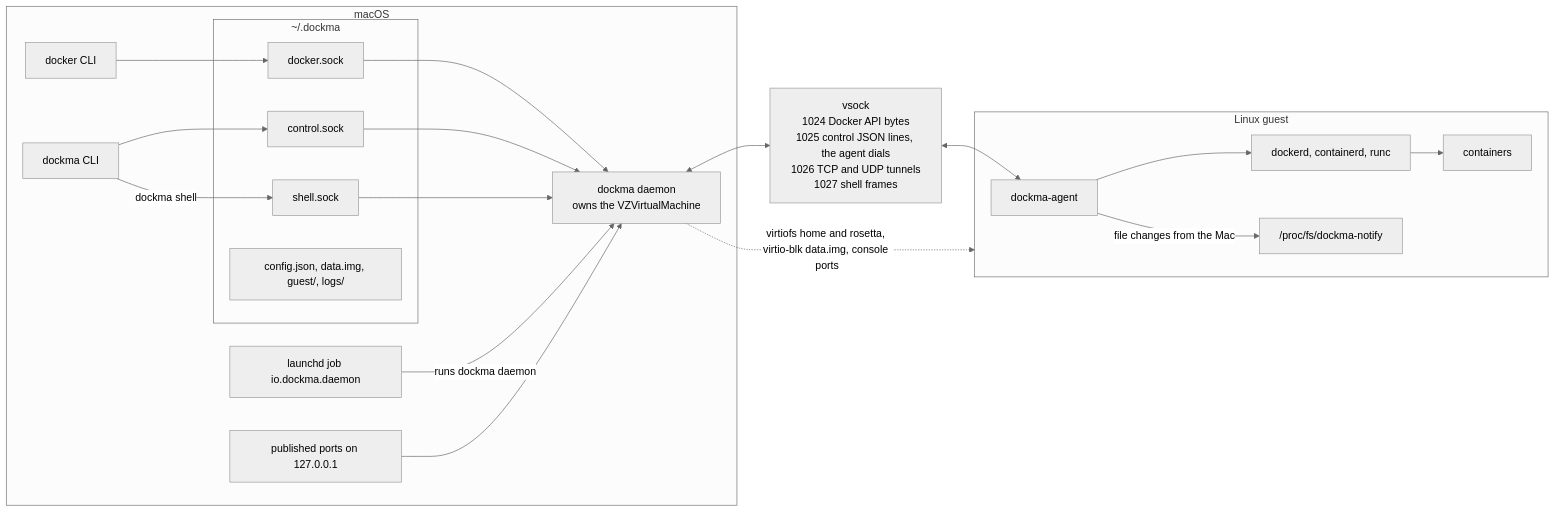
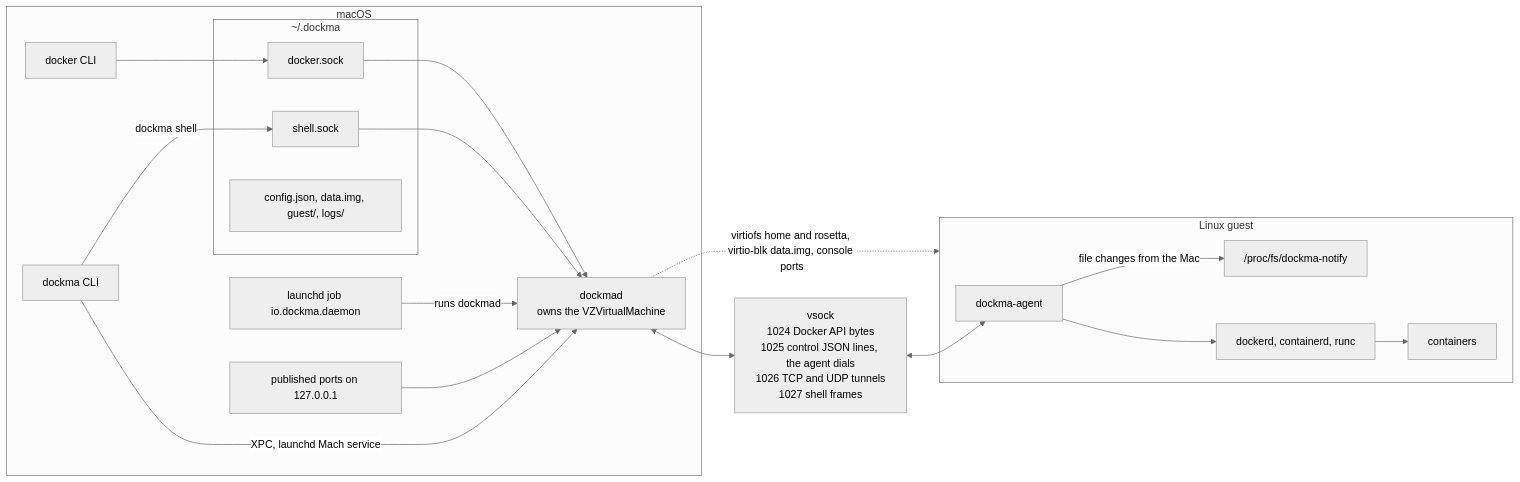
Before and after one commit to maxfrerichs/dockma: the first of 8 diagrams in docs/architecture.md, drawn with Mermaid (neutral theme). The commit also changed other lines of this file and 27 other files, not shown here.

````diff
--- a/docs/architecture.md
+++ b/docs/architecture.md
@@ -13,32 +13,31 @@
 ```mermaid
 flowchart LR
   subgraph mac["macOS"]
     dockercli["docker CLI"]
     cli["dockma CLI"]
     launchd["launchd job io.dockma.daemon"]
     subgraph statedir["~/.dockma"]
       dsock["docker.sock"]
-      csock["control.sock"]
       ssock["shell.sock"]
       files["config.json, data.img, guest/, logs/"]
     end
     published["published ports on 127.0.0.1"]
-    daemon["dockma daemon<br/>owns the VZVirtualMachine"]
+    daemon["dockmad<br/>owns the VZVirtualMachine"]
   end
   subgraph guest["Linux guest"]
     agent["dockma-agent"]
     dockerd["dockerd, containerd, runc"]
     hook["/proc/fs/dockma-notify"]
     containers["containers"]
   end
   dockercli --> dsock --> daemon
-  cli --> csock --> daemon
+  cli -->|XPC, launchd Mach service| daemon
   cli -->|dockma shell| ssock --> daemon
-  launchd -->|runs dockma daemon| daemon
+  launchd -->|runs dockmad| daemon
   published --> daemon
   vsock["vsock<br/>1024 Docker API bytes<br/>1025 control JSON lines, the agent dials<br/>1026 TCP and UDP tunnels<br/>1027 shell frames"]
   daemon <--> vsock <--> agent
   agent --> dockerd --> containers
   agent -->|file changes from the Mac| hook
   daemon -.->|virtiofs home and rosetta, virtio-blk data.img, console ports| guest
 ```
````
